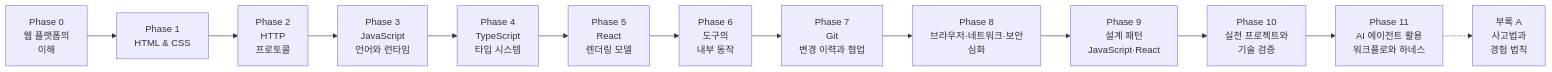
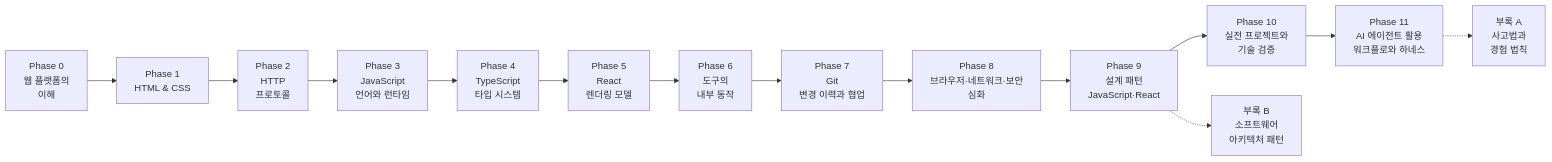
Before and after one commit to lee-gyu/web-fe-roadmap-study: the diagram in ROADMAP.md, drawn with Mermaid. The commit also changed other lines of this file and 2 other files, not shown here.

````diff
--- a/ROADMAP.md
+++ b/ROADMAP.md
@@ -30,15 +30,16 @@
 ```mermaid
 flowchart LR
     P0["Phase 0<br/>웹 플랫폼의<br/>이해"] --> P1["Phase 1<br/>HTML & CSS"]
     P1 --> P2["Phase 2<br/>HTTP<br/>프로토콜"]
     P2 --> P3["Phase 3<br/>JavaScript<br/>언어와 런타임"]
     P3 --> P4["Phase 4<br/>TypeScript<br/>타입 시스템"]
     P4 --> P5["Phase 5<br/>React<br/>렌더링 모델"]
     P5 --> P6["Phase 6<br/>도구의<br/>내부 동작"]
     P6 --> P7["Phase 7<br/>Git<br/>변경 이력과 협업"]
     P7 --> P8["Phase 8<br/>브라우저·네트워크·보안<br/>심화"]
     P8 --> P9["Phase 9<br/>설계 패턴<br/>JavaScript·React"]
     P9 --> P10["Phase 10<br/>실전 프로젝트와<br/>기술 검증"]
     P10 --> P11["Phase 11<br/>AI 에이전트 활용<br/>워크플로와 하네스"]
     P11 -.-> A1["부록 A<br/>사고법과<br/>경험 법칙"]
+    P9 -.-> B1["부록 B<br/>소프트웨어<br/>아키텍처 패턴"]
 ```
````
